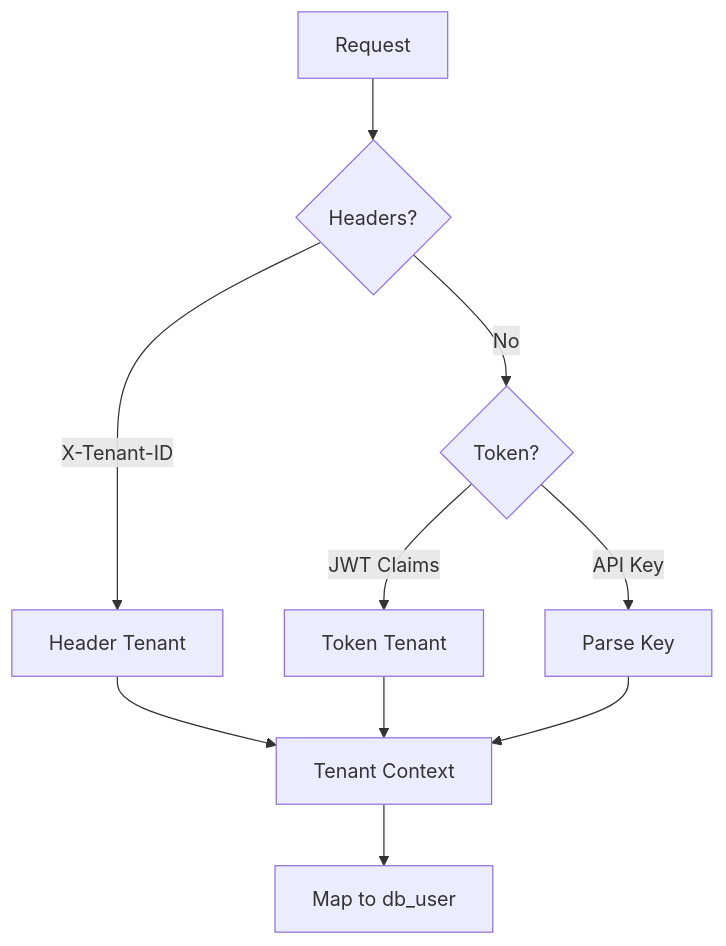
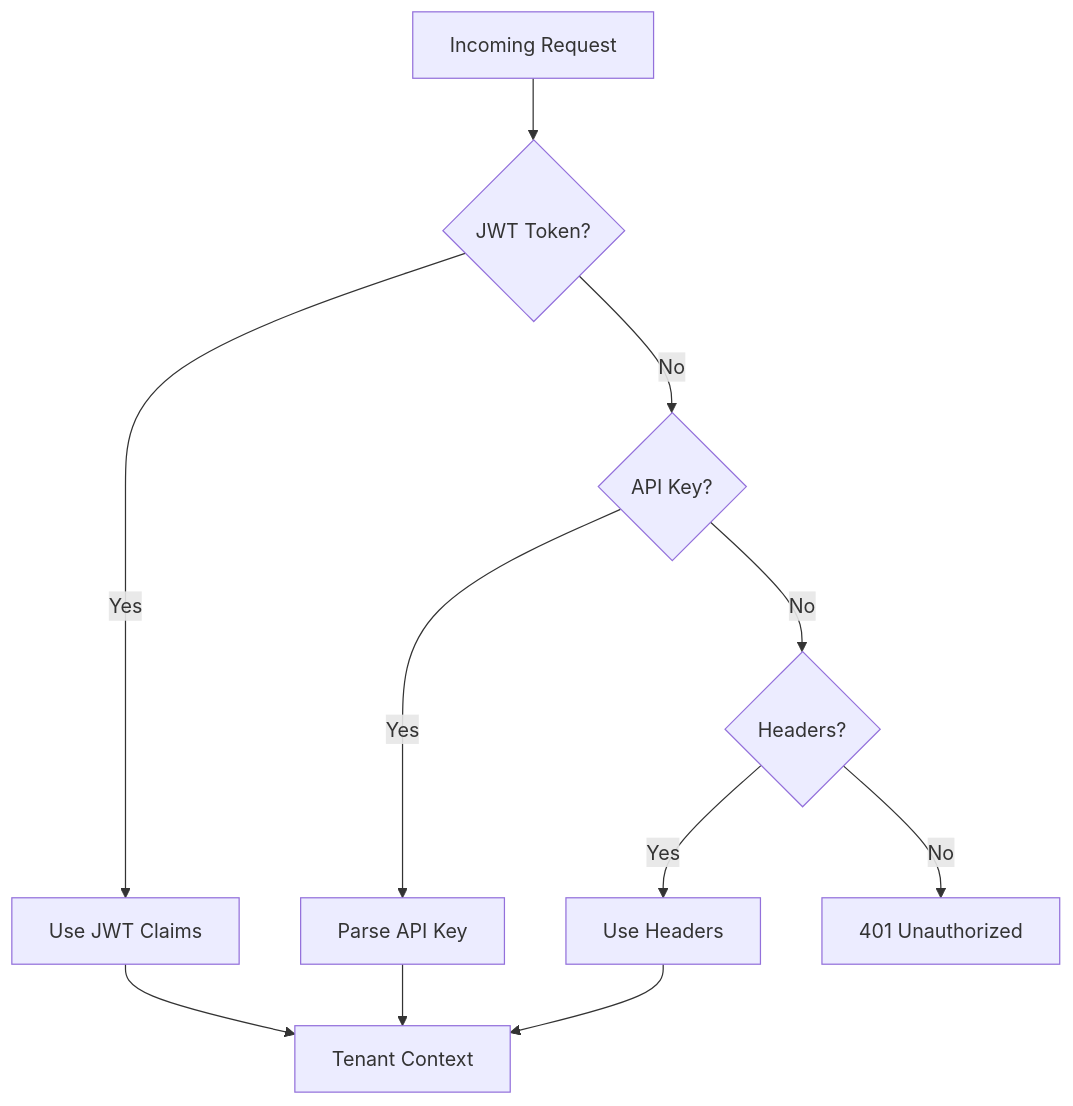
The fifth of 7 diagrams in docs/security/authentication.md (zhiweio/redshift-spectra), drawn with Mermaid before and after one commit. The commit also changed other lines of this file and 15 other files, not shown here.

````diff
--- a/docs/security/authentication.md
+++ b/docs/security/authentication.md
@@ -149,15 +162,17 @@
 ```mermaid
 flowchart TB
-    REQ[Request] --> H{Headers?}
-    H -->|X-Tenant-ID| HEADER[Header Tenant]
-    H -->|No| T{Token?}
+    REQUEST[Incoming Request] --> CHECK1{JWT Token?}
     
-    T -->|JWT Claims| CLAIMS[Token Tenant]
-    T -->|API Key| PARSE[Parse Key]
+    CHECK1 -->|Yes| JWT[Use JWT Claims]
+    CHECK1 -->|No| CHECK2{API Key?}
     
-    HEADER --> CTX[Tenant Context]
-    CLAIMS --> CTX
-    PARSE --> CTX
+    CHECK2 -->|Yes| APIKEY[Parse API Key]
+    CHECK2 -->|No| CHECK3{Headers?}
     
-    CTX --> DBUSER[Map to db_user]
+    CHECK3 -->|Yes| HEADERS[Use Headers]
+    CHECK3 -->|No| DENY[401 Unauthorized]
+    
+    JWT --> CONTEXT[Tenant Context]
+    APIKEY --> CONTEXT
+    HEADERS --> CONTEXT
 ```
````
